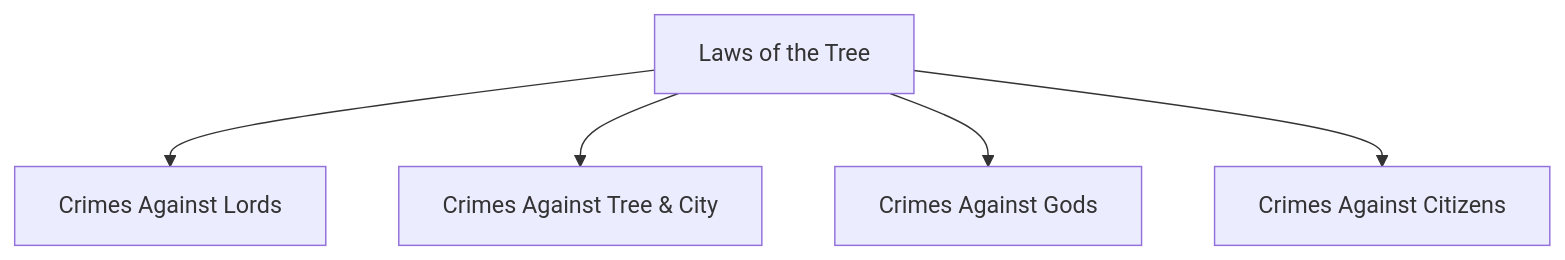
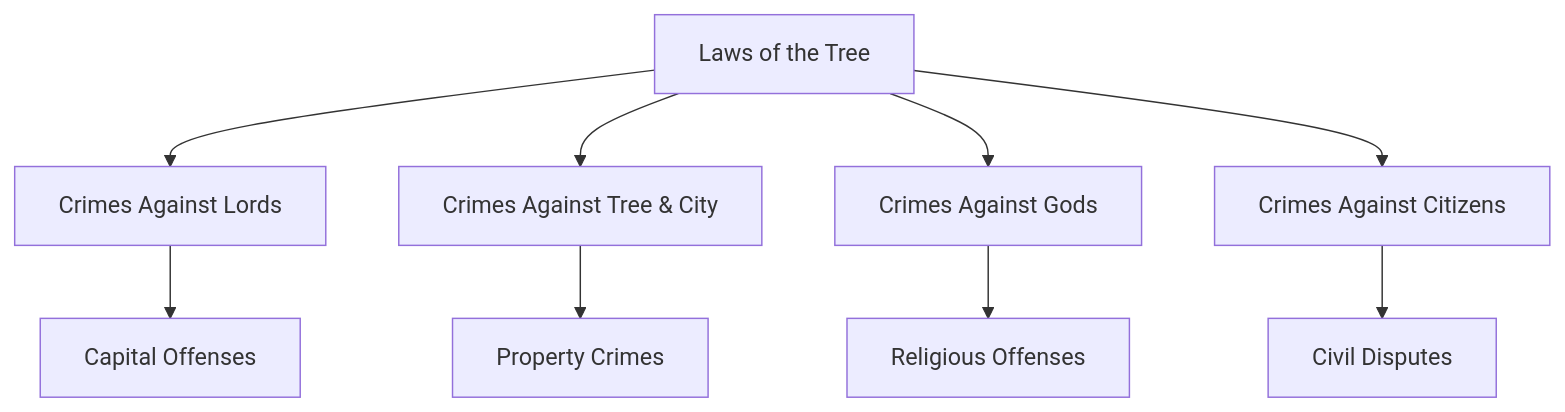
One commit to NovemberFalls/DND_Etorolth changed the first of 2 diagrams in 01. Etorolth/02. Laws.md. Above: the diagram before and after it, drawn with Mermaid. The commit also changed other lines of this file and 6 other files, not shown here.

````diff
--- a/01. Etorolth/02. Laws.md
+++ b/01. Etorolth/02. Laws.md
@@ -18,7 +59,12 @@
 ```mermaid
 graph TD
     A[Laws of the Tree] --> B[Crimes Against Lords]
     A --> C[Crimes Against Tree & City]
     A --> D[Crimes Against Gods]
     A --> E[Crimes Against Citizens]
+    
+    B --> F[Capital Offenses]
+    C --> G[Property Crimes]
+    D --> H[Religious Offenses]
+    E --> I[Civil Disputes]
 ```
````
